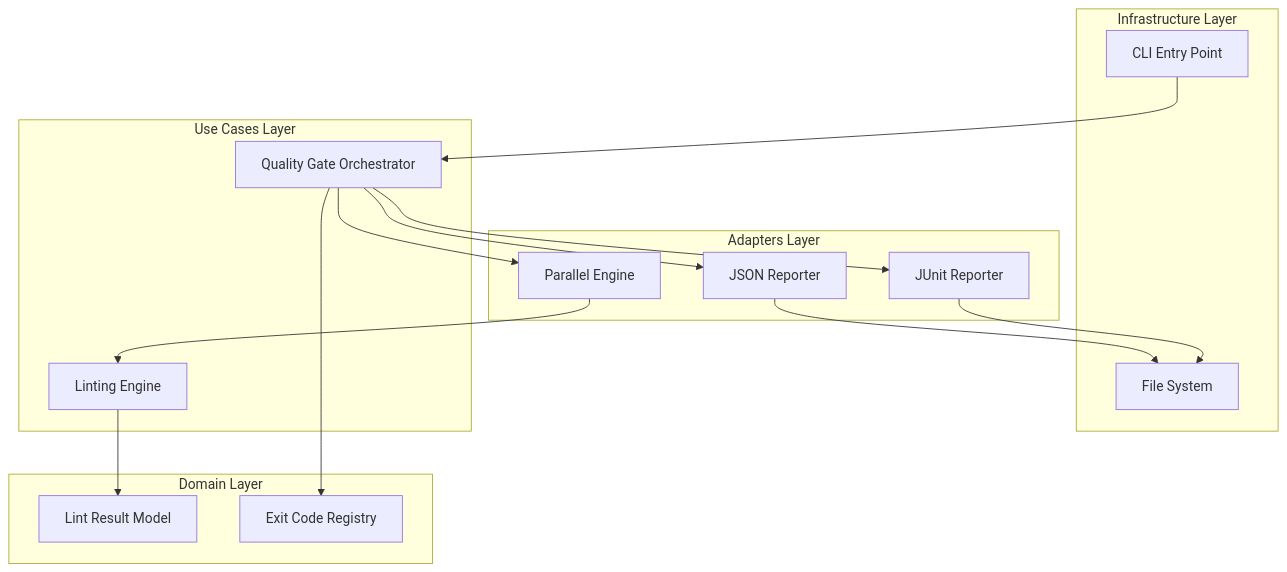
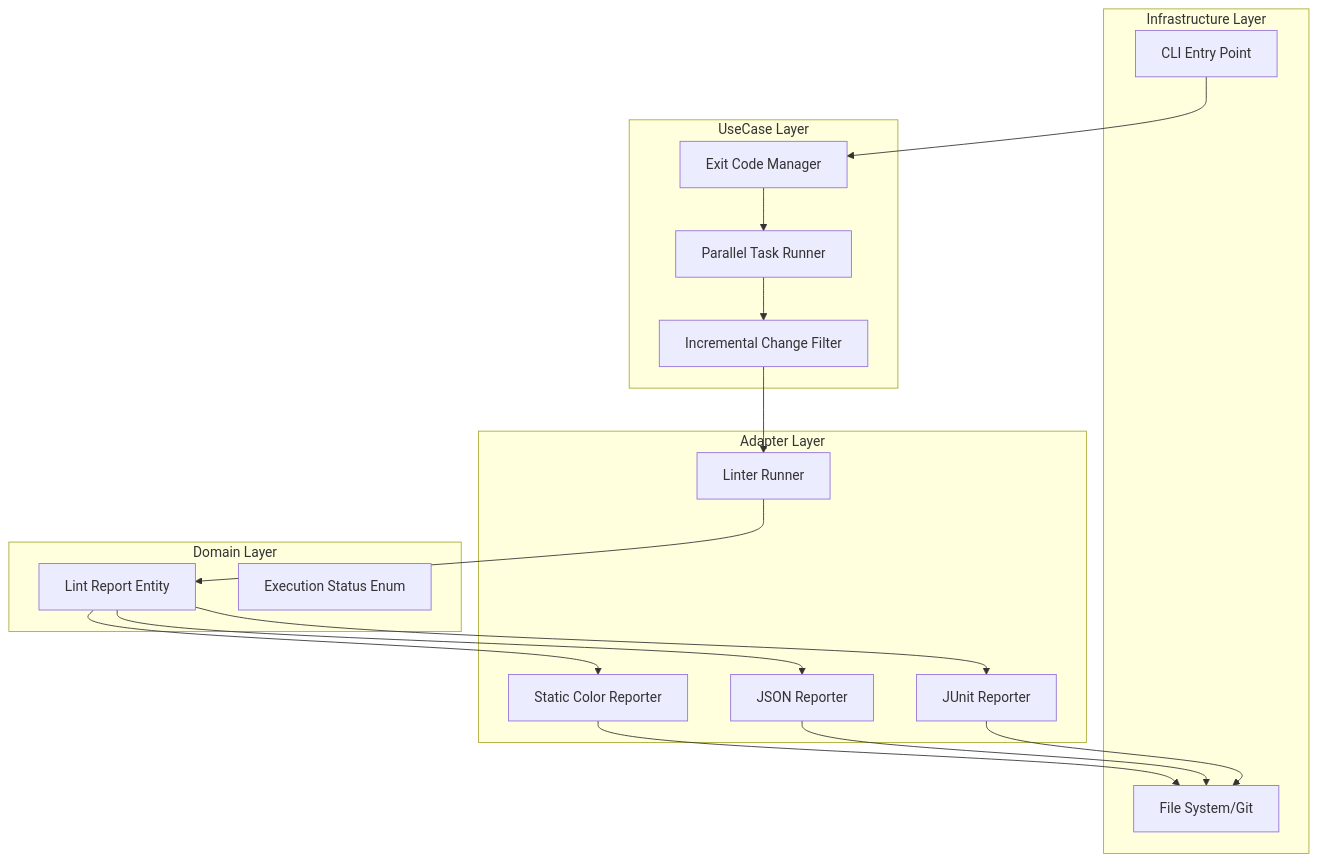
Before and after one commit to davidlapsleyio/shipkode-python-linting-cli-utility: the diagram in specs/F4-automated-ci-cd-quality-gate-05e04ae7/design.md, drawn with Mermaid. The commit also changed other lines of this file and 21 other files, not shown here.

````diff
--- a/specs/F4-automated-ci-cd-quality-gate-05e04ae7/design.md
+++ b/specs/F4-automated-ci-cd-quality-gate-05e04ae7/design.md
@@ -25,33 +23,37 @@
 ```mermaid
 graph TD
     subgraph "Infrastructure Layer"
         CLI[CLI Entry Point]
-        FS[File System]
+        FS[File System/Git]
     end
 
-    subgraph "Adapters Layer"
-        REP_JSON[JSON Reporter]
-        REP_JUNIT[JUnit Reporter]
-        PAR[Parallel Engine]
+    subgraph "Adapter Layer"
+        LinterAdapter[Linter Runner]
+        JSONFormatter[JSON Reporter]
+        JUnitFormatter[JUnit Reporter]
+        ConsoleFormatter[Static Color Reporter]
     end
 
-    subgraph "Use Cases Layer"
-        GATE[Quality Gate Orchestrator]
-        LINT[Linting Engine]
+    subgraph "UseCase Layer"
+        Gatekeeper[Exit Code Manager]
+        ParallelExecutor[Parallel Task Runner]
+        IncrementalLogic[Incremental Change Filter]
     end
 
     subgraph "Domain Layer"
-        RES[Lint Result Model]
-        EXIT[Exit Code Registry]
+        ReportModel[Lint Report Entity]
+        ResultStatus[Execution Status Enum]
     end
 
-    CLI --> GATE
-    GATE --> PAR
-    PAR --> LINT
-    LINT --> RES
-    GATE --> REP_JSON
-    GATE --> REP_JUNIT
-    REP_JSON --> FS
-    REP_JUNIT --> FS
-    GATE --> EXIT
+    CLI --> Gatekeeper
+    Gatekeeper --> ParallelExecutor
+    ParallelExecutor --> IncrementalLogic
+    IncrementalLogic --> LinterAdapter
+    LinterAdapter --> ReportModel
+    ReportModel --> JSONFormatter
+    ReportModel --> JUnitFormatter
+    ReportModel --> ConsoleFormatter
+    ConsoleFormatter --> FS
+    JSONFormatter --> FS
+    JUnitFormatter --> FS
 ```
````
